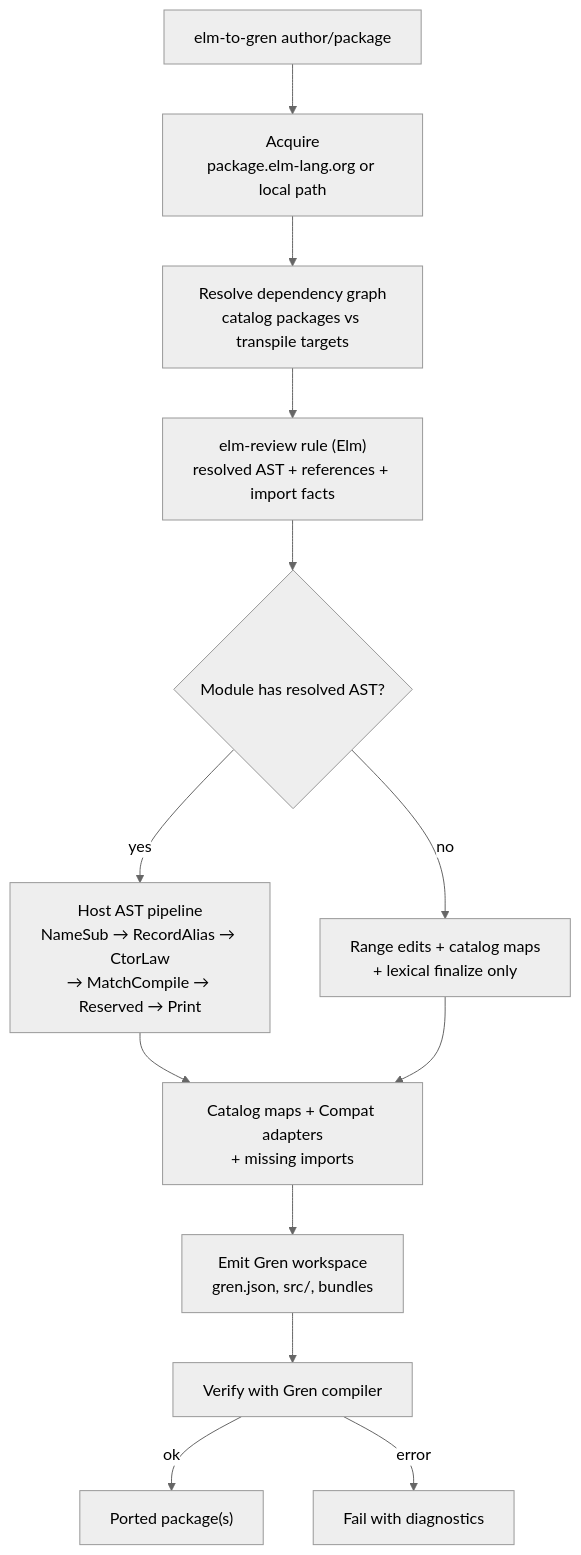
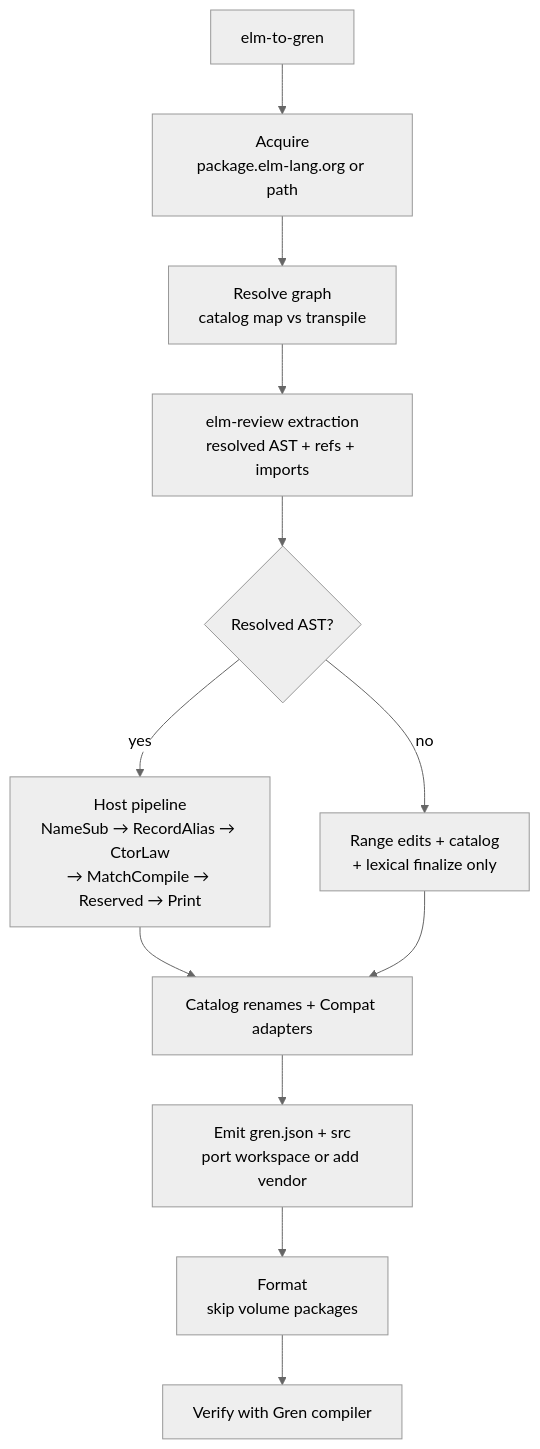
One commit to sjalq/grentify changed the diagram in README.md. Above: the diagram before and after it, drawn with Mermaid (neutral theme). The commit also changed other lines of this file and 17 other files, not shown here.

````diff
--- a/README.md
+++ b/README.md
@@ -63,15 +54,14 @@
 ```mermaid
 flowchart TD
-    A["elm-to-gren author/package"] --> B["Acquire<br/>package.elm-lang.org or local path"]
-    B --> C["Resolve dependency graph<br/>catalog packages vs transpile targets"]
-    C --> D["elm-review rule (Elm)<br/>resolved AST + references + import facts"]
-    D --> E{"Module has resolved AST?"}
-    E -->|yes| F["Host AST pipeline<br/>NameSub → RecordAlias → CtorLaw<br/>→ MatchCompile → Reserved → Print"]
-    E -->|no| G["Range edits + catalog maps<br/>+ lexical finalize only"]
-    F --> H["Catalog maps + Compat adapters<br/>+ missing imports"]
+    A["elm-to-gren"] --> B["Acquire<br/>package.elm-lang.org or path"]
+    B --> C["Resolve graph<br/>catalog map vs transpile"]
+    C --> D["elm-review extraction<br/>resolved AST + refs + imports"]
+    D --> E{"Resolved AST?"}
+    E -->|yes| F["Host pipeline<br/>NameSub → RecordAlias → CtorLaw<br/>→ MatchCompile → Reserved → Print"]
+    E -->|no| G["Range edits + catalog<br/>+ lexical finalize only"]
+    F --> H["Catalog renames + Compat adapters"]
     G --> H
-    H --> I["Emit Gren workspace<br/>gren.json, src/, bundles"]
-    I --> J["Verify with Gren compiler"]
-    J -->|ok| K["Ported package(s)"]
-    J -->|error| L["Fail with diagnostics"]
+    H --> I["Emit gren.json + src<br/>port workspace or add vendor"]
+    I --> J["Format<br/>skip volume packages"]
+    J --> K["Verify with Gren compiler"]
 ```
````
